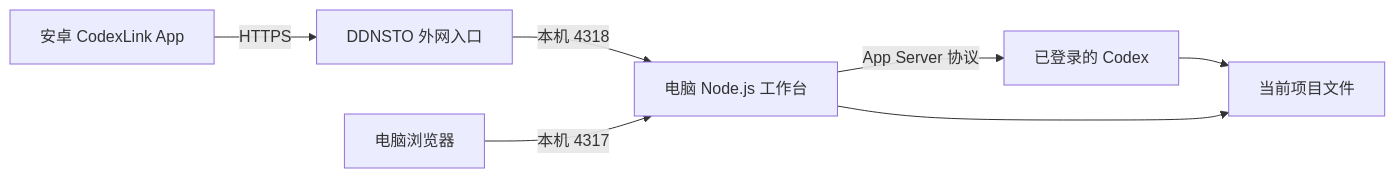
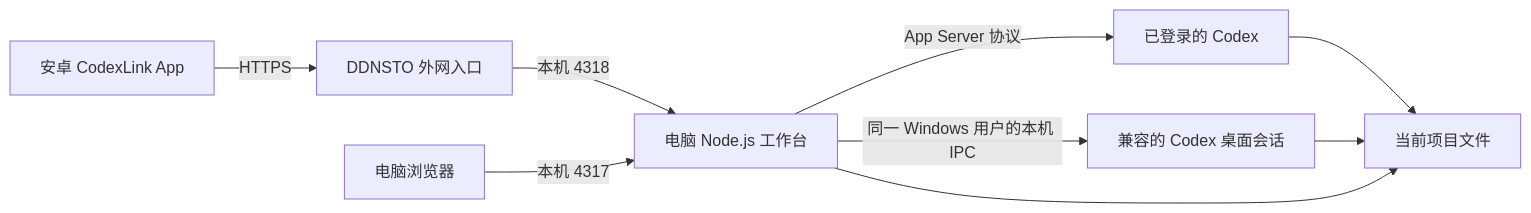
Before and after one commit to white-st/codexlink: the diagram in README.md, drawn with Mermaid. The commit also changed other lines of this file and 44 other files, not shown here.

First line of the commit message:
Update CodexLink to Android 0.12.0 with shared desktop sessions

````diff
--- a/README.md
+++ b/README.md
@@ -22,9 +24,11 @@
 ```mermaid
 flowchart LR
     Phone[安卓 CodexLink App] -->|HTTPS| Tunnel[DDNSTO 外网入口]
     Tunnel -->|本机 4318| Backend[电脑 Node.js 工作台]
     Browser[电脑浏览器] -->|本机 4317| Backend
     Backend -->|App Server 协议| Codex[已登录的 Codex]
+    Backend -->|同一 Windows 用户的本机 IPC| Desktop[兼容的 Codex 桌面会话]
     Codex --> Files[当前项目文件]
+    Desktop --> Files
     Backend --> Files
 ```
````
